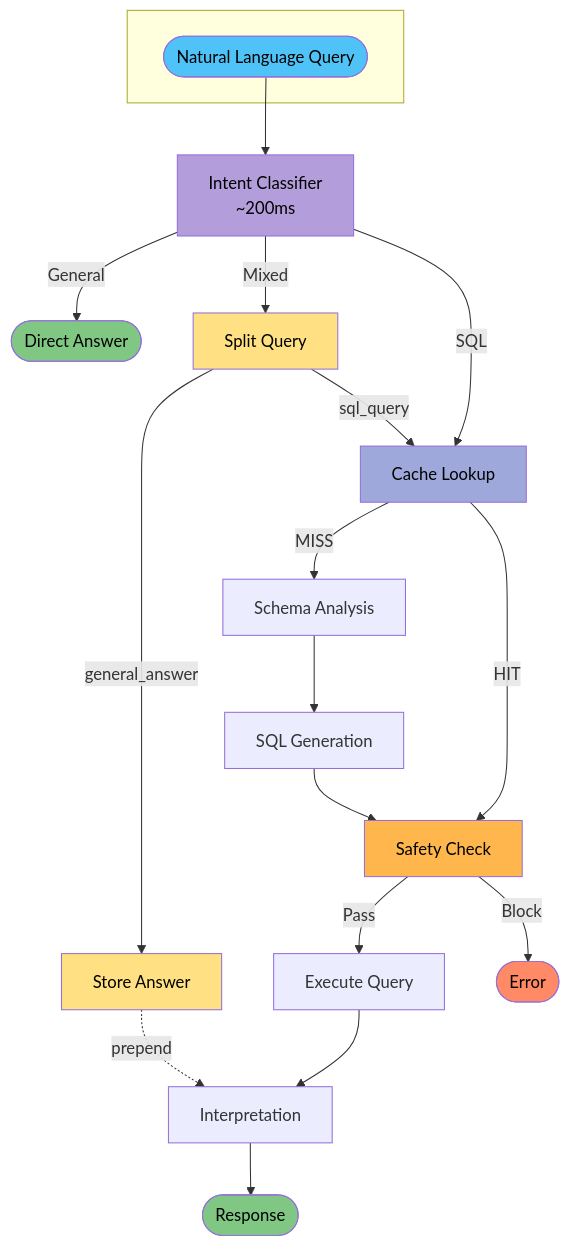
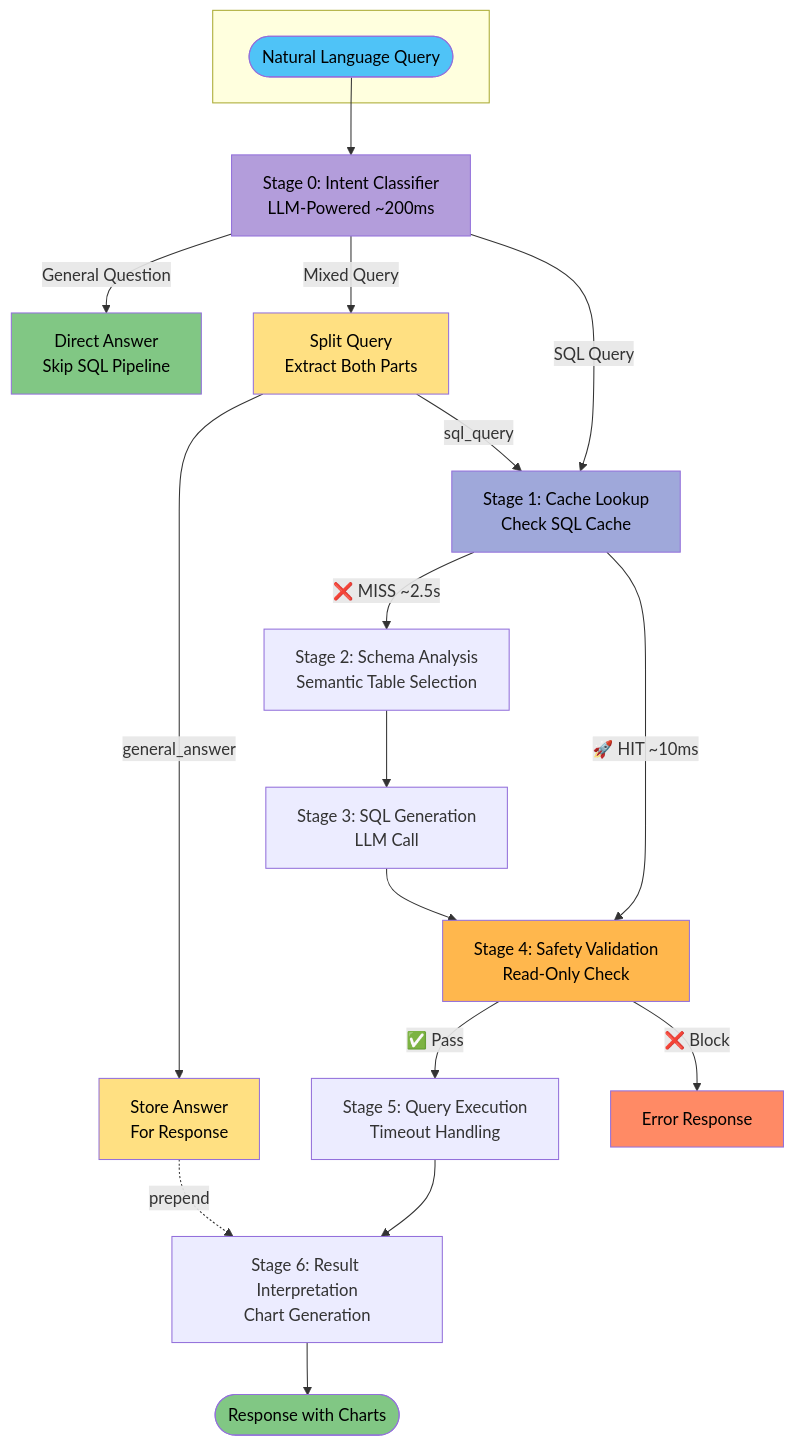
The diagram in README.md (keo571/netquery), drawn with Mermaid before and after one commit.

Commit message:
docs: Restore detailed node labels in flowchart
Add back stage numbers, emojis, and descriptive text to mermaid
flowchart nodes while keeping TD layout with mixed query handling.

🤖 Generated with [Claude Code](https://claude.com/claude-code)

````diff
--- a/README.md
+++ b/README.md
@@ -9,35 +9,35 @@
 ```mermaid
 flowchart TD
     subgraph Input[" "]
         A([Natural Language Query])
     end
 
-    A --> IC[Intent Classifier<br/>~200ms]
-    IC -->|General| GA([Direct Answer])
-    IC -->|SQL| CL[Cache Lookup]
-    IC -->|Mixed| SPLIT[Split Query]
+    A --> IC[Stage 0: Intent Classifier<br/>LLM-Powered ~200ms]
+    IC -->|General Question| GA[Direct Answer<br/>Skip SQL Pipeline]
+    IC -->|SQL Query| CL[Stage 1: Cache Lookup<br/>Check SQL Cache]
+    IC -->|Mixed Query| SPLIT[Split Query<br/>Extract Both Parts]
 
-    SPLIT -->|general_answer| STORE[Store Answer]
+    SPLIT -->|general_answer| STORE[Store Answer<br/>For Response]
     SPLIT -->|sql_query| CL
 
-    CL -->|HIT| V[Safety Check]
-    CL -->|MISS| B[Schema Analysis]
+    CL -->|🚀 HIT ~10ms| V[Stage 4: Safety Validation<br/>Read-Only Check]
+    CL -->|❌ MISS ~2.5s| B[Stage 2: Schema Analysis<br/>Semantic Table Selection]
 
-    B --> C[SQL Generation]
+    B --> C[Stage 3: SQL Generation<br/>LLM Call]
     C --> V
-    V -->|Pass| E[Execute Query]
-    V -->|Block| H([Error])
-    E --> F[Interpretation]
+    V -->|✅ Pass| E[Stage 5: Query Execution<br/>Timeout Handling]
+    V -->|❌ Block| H[Error Response]
+    E --> F[Stage 6: Result Interpretation<br/>Chart Generation]
     STORE -.->|prepend| F
-    F --> G([Response])
+    F --> G([Response with Charts])
 
     style A fill:#4FC3F7,color:#000
     style IC fill:#B39DDB,color:#000
     style CL fill:#9FA8DA,color:#000
     style G fill:#81C784,color:#000
     style GA fill:#81C784,color:#000
     style H fill:#FF8A65,color:#000
     style V fill:#FFB74D,color:#000
     style SPLIT fill:#FFE082,color:#000
     style STORE fill:#FFE082,color:#000
 ```
````
